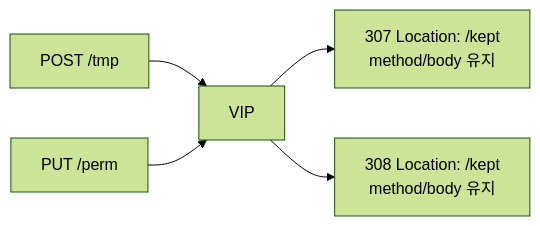
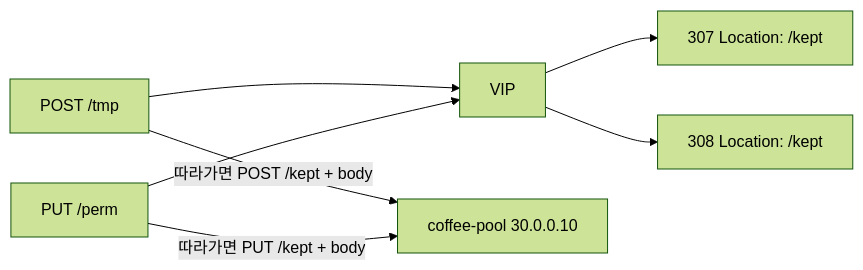
One commit to mink0119/2609_f5bnk changed the diagram in HTTP_Routing/2.14_HTTPRedirect_StatusCode_307_308/README.md. Above: the diagram before and after it, drawn with Mermaid (forest theme). The commit also changed other lines of this file and 3 other files, not shown here.

````diff
--- a/HTTP_Routing/2.14_HTTPRedirect_StatusCode_307_308/README.md
+++ b/HTTP_Routing/2.14_HTTPRedirect_StatusCode_307_308/README.md
@@ -5,7 +5,9 @@
 ```mermaid
 flowchart LR
   C["POST /tmp"] --> VIP[VIP]
-  VIP --> R307["307 Location: /kept<br/>method/body 유지"]
+  VIP --> R307["307 Location: /kept"]
+  C -->|"따라가면 POST /kept + body"| P["coffee-pool 30.0.0.10"]
   C2["PUT /perm"] --> VIP
-  VIP --> R308["308 Location: /kept<br/>method/body 유지"]
+  VIP --> R308["308 Location: /kept"]
+  C2 -->|"따라가면 PUT /kept + body"| P
 ```
````
